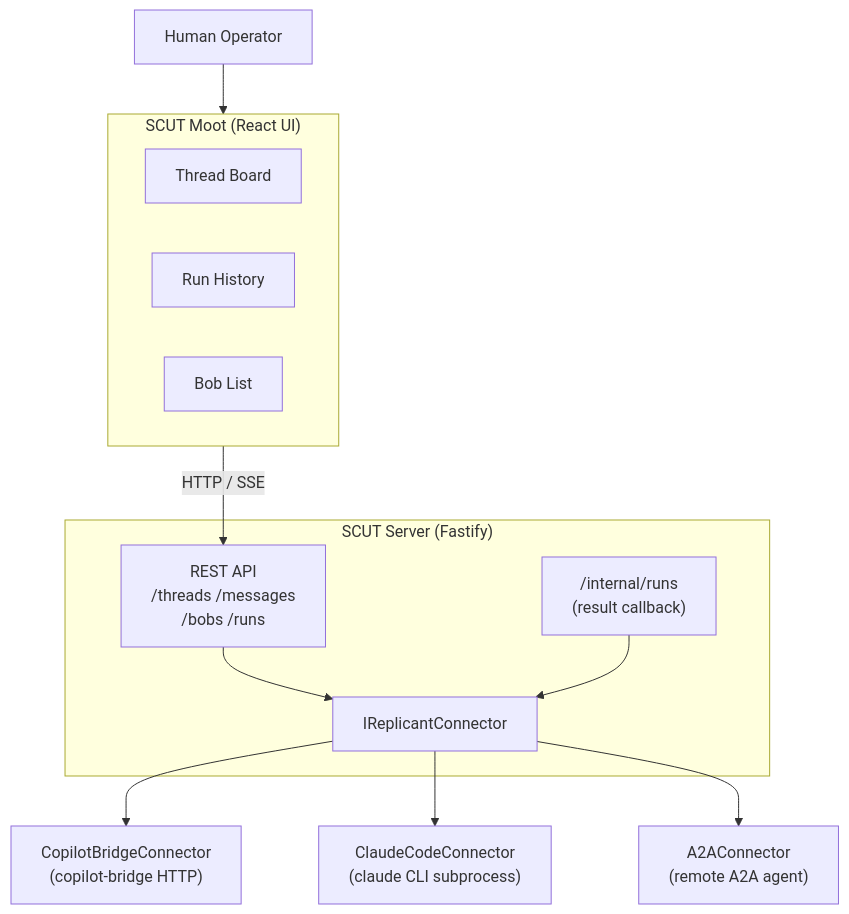
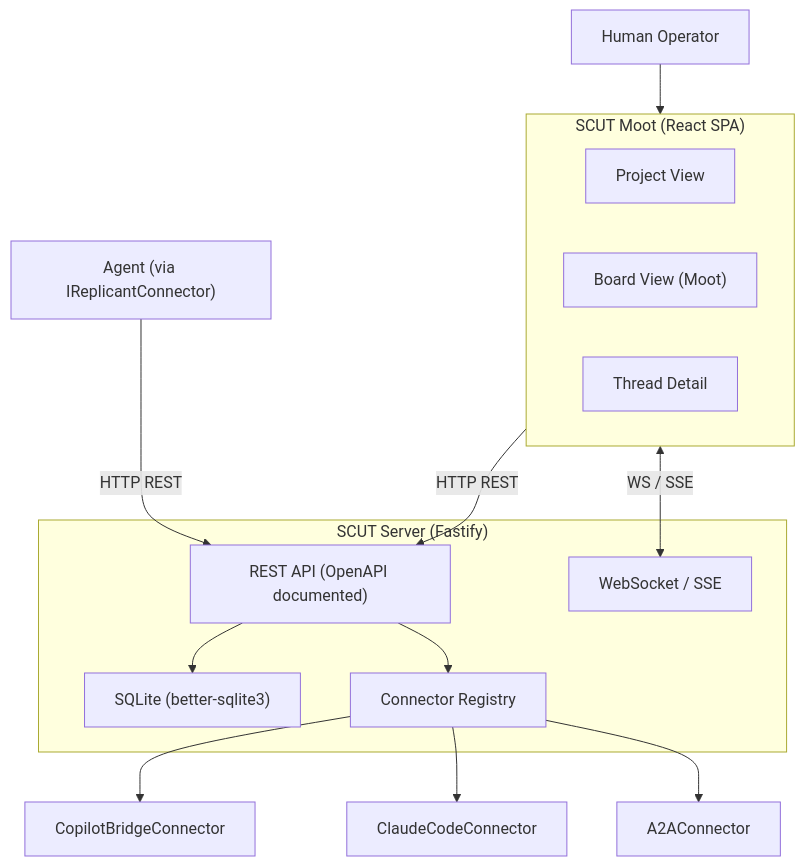
Before and after one commit to eridanilabs/scut: the first of 4 diagrams in docs/spec/spec.md, drawn with Mermaid. The commit also changed other lines of this file and 3 other files, not shown here.

````diff
--- a/docs/spec/spec.md
+++ b/docs/spec/spec.md
@@ -44,28 +97,32 @@
 ```mermaid
 flowchart TB
     HO["Human Operator"]
+    AG["Agent (via IReplicantConnector)"]
 
-    subgraph moot["SCUT Moot (React UI)"]
-        TB["Thread Board"]
-        RH["Run History"]
-        BL["Bob List"]
+    subgraph moot["SCUT Moot (React SPA)"]
+        PV["Project View"]
+        BV["Board View (Moot)"]
+        TV["Thread Detail"]
     end
 
     subgraph server["SCUT Server (Fastify)"]
-        API["REST API\n/threads  /messages\n/bobs  /runs"]
-        CB["/internal/runs\n(result callback)"]
-        IRC["IReplicantConnector"]
+        API["REST API (OpenAPI documented)"]
+        WS["WebSocket / SSE"]
+        DB["SQLite (better-sqlite3)"]
+        RC["Connector Registry"]
     end
 
-    CBC["CopilotBridgeConnector\n(copilot-bridge HTTP)"]
-    CCC["ClaudeCodeConnector\n(claude CLI subprocess)"]
-    A2AC["A2AConnector\n(remote A2A agent)"]
+    CBC["CopilotBridgeConnector"]
+    CCC["ClaudeCodeConnector"]
+    A2AC["A2AConnector"]
 
     HO --> moot
-    moot -->|HTTP / SSE| API
-    API --> IRC
-    CB --> IRC
-    IRC --> CBC
-    IRC --> CCC
-    IRC --> A2AC
+    AG -->|HTTP REST| API
+    moot -->|HTTP REST| API
+    moot <-->|WS / SSE| WS
+    API --> DB
+    API --> RC
+    RC --> CBC
+    RC --> CCC
+    RC --> A2AC
 ```
````
